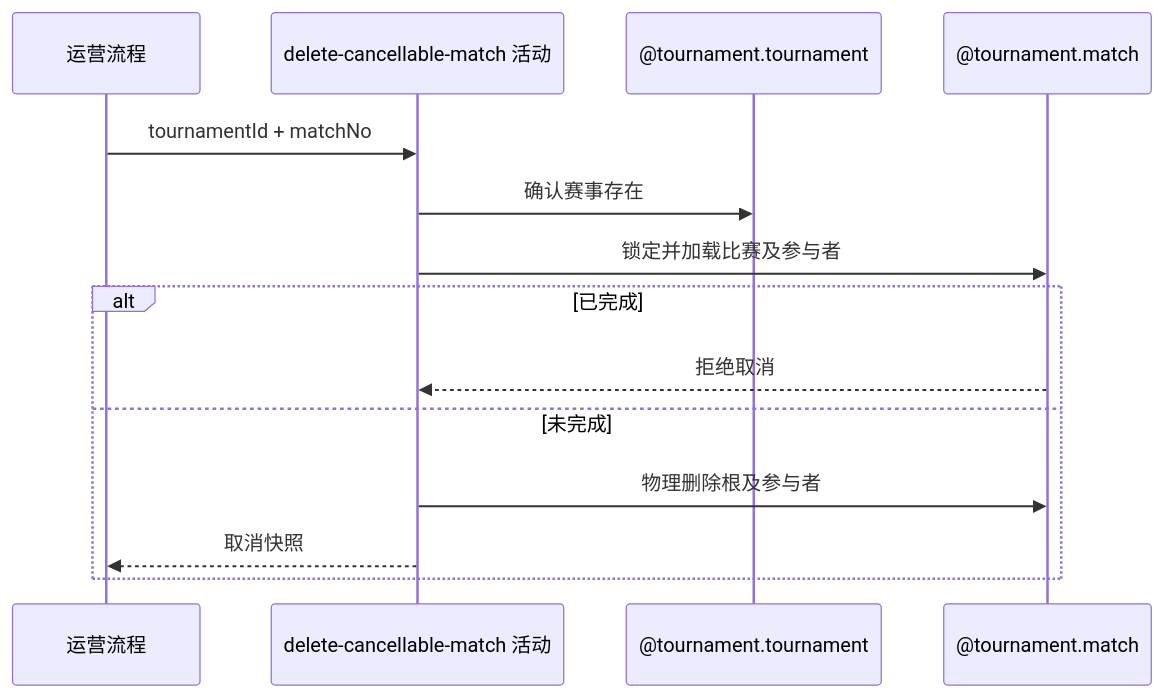
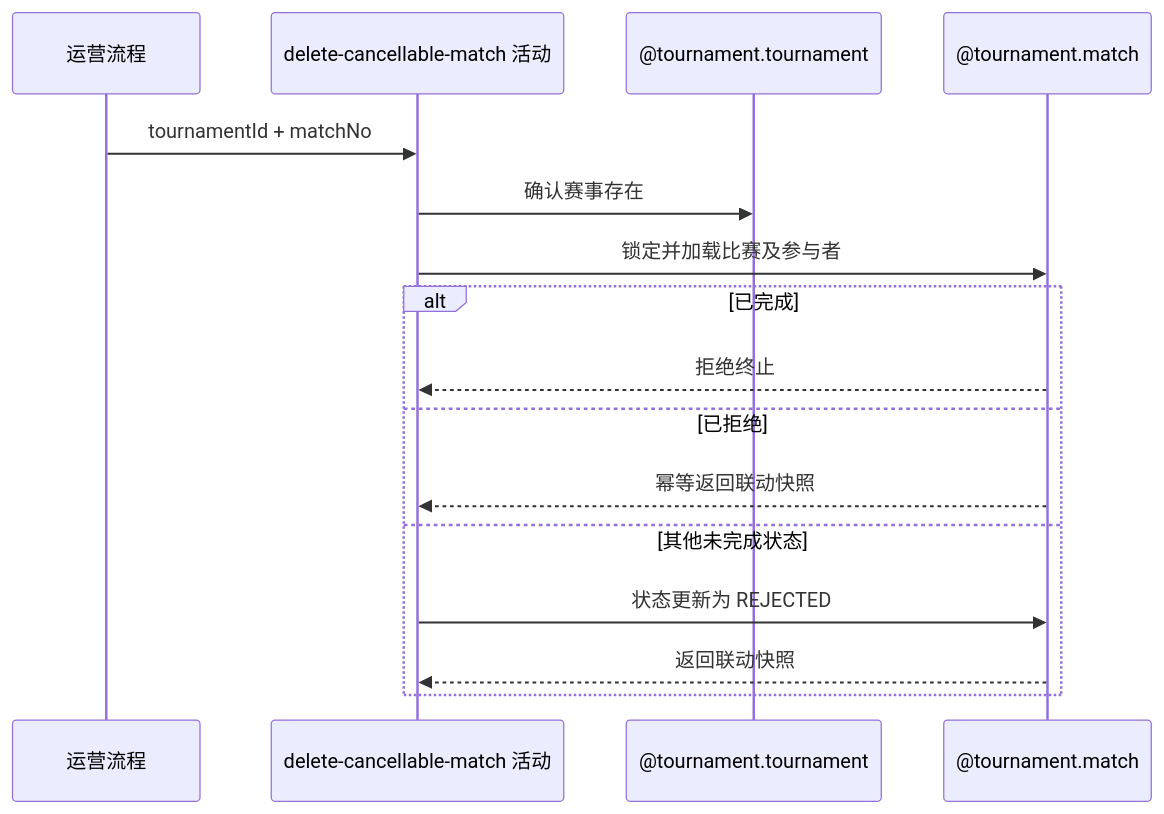
Before and after one commit to chxt100016/Rally: the diagram in blueprint/spec/tournament/single-match-cancel/delete-cancellable-match/activity.md, drawn with Mermaid. The commit also changed other lines of this file and 46 other files, not shown here.

````diff
--- a/blueprint/spec/tournament/single-match-cancel/delete-cancellable-match/activity.md
+++ b/blueprint/spec/tournament/single-match-cancel/delete-cancellable-match/activity.md
@@ -13,16 +13,18 @@
 ```mermaid
 sequenceDiagram
     participant O as 运营流程
     participant A as delete-cancellable-match 活动
     participant T as @tournament.tournament
     participant M as @tournament.match
     O->>A: tournamentId + matchNo
     A->>T: 确认赛事存在
     A->>M: 锁定并加载比赛及参与者
     alt 已完成
-        M-->>A: 拒绝取消
-    else 未完成
-        A->>M: 物理删除根及参与者
-        A-->>O: 取消快照
+        M-->>A: 拒绝终止
+    else 已拒绝
+        M-->>A: 幂等返回联动快照
+    else 其他未完成状态
+        A->>M: 状态更新为 REJECTED
+        M-->>A: 返回联动快照
     end
 ```
````
